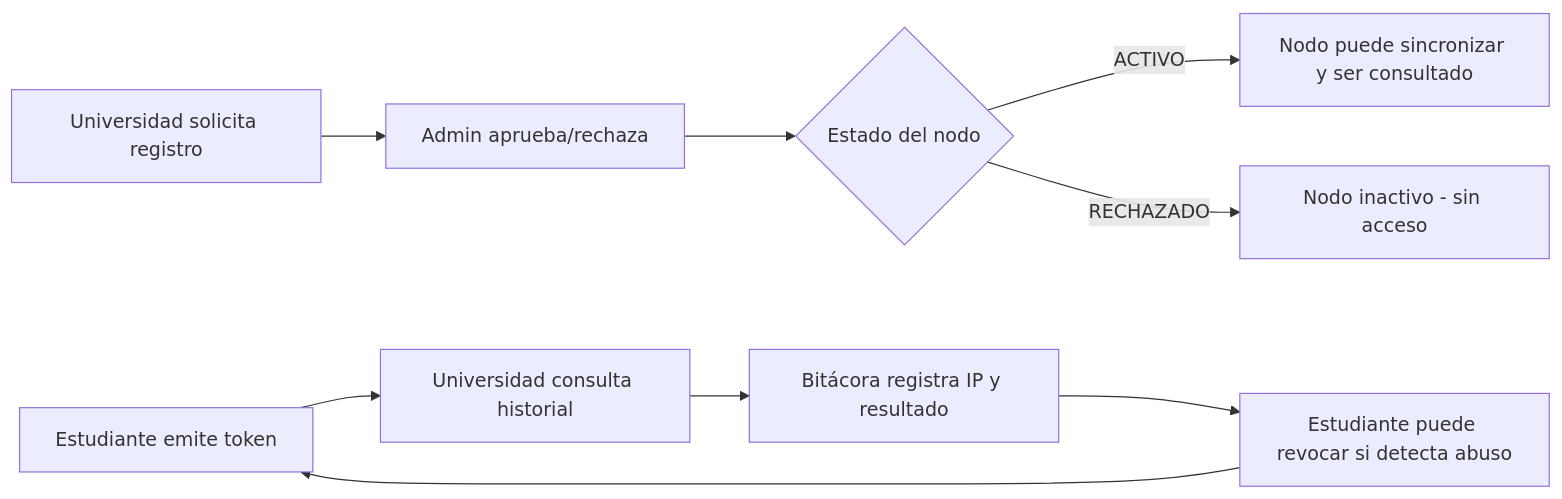
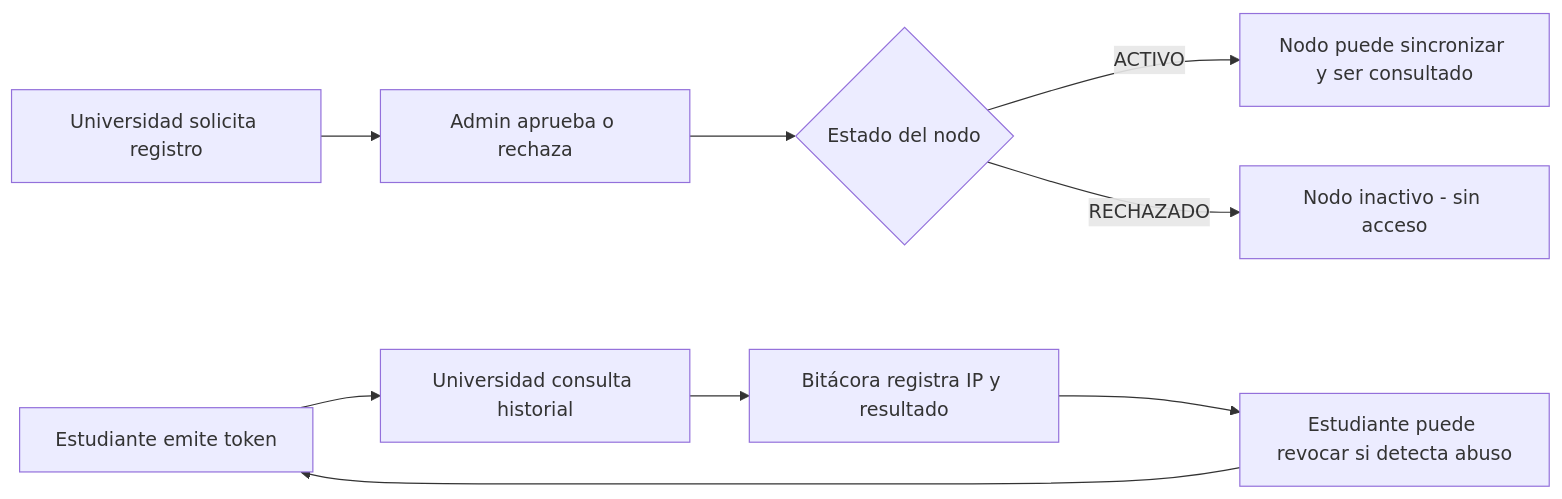
The third of 19 diagrams in README.md (BrayanBMC/RFHA-IES_SD_TGS), drawn with Mermaid before and after one commit. The commit also changed other lines of this file, not shown here.

Commit message:
docs(readme): fix mermaid syntax in architecture and sequence diagrams for github rendering

````diff
--- a/README.md
+++ b/README.md
@@ -317,12 +330,12 @@
 ```mermaid
 flowchart LR
-    A[Universidad solicita registro] --> B[Admin aprueba/rechaza]
-    B --> C{Estado del nodo}
-    C -->|ACTIVO| D[Nodo puede sincronizar y ser consultado]
-    C -->|RECHAZADO| E[Nodo inactivo - sin acceso]
+    A["Universidad solicita registro"] --> B["Admin aprueba o rechaza"]
+    B --> C{"Estado del nodo"}
+    C -->|"ACTIVO"| D["Nodo puede sincronizar y ser consultado"]
+    C -->|"RECHAZADO"| E["Nodo inactivo - sin acceso"]
 
-    F[Estudiante emite token] --> G[Universidad consulta historial]
-    G --> H[Bitácora registra IP y resultado]
-    H --> I[Estudiante puede revocar si detecta abuso]
+    F["Estudiante emite token"] --> G["Universidad consulta historial"]
+    G --> H["Bitácora registra IP y resultado"]
+    H --> I["Estudiante puede revocar si detecta abuso"]
     I --> F
 ```
````
